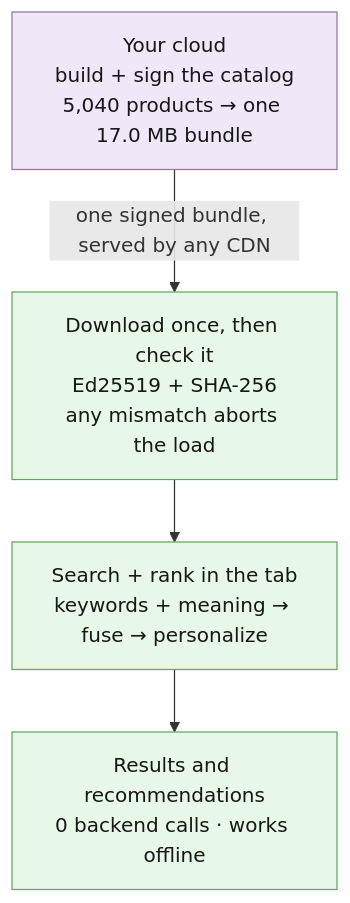
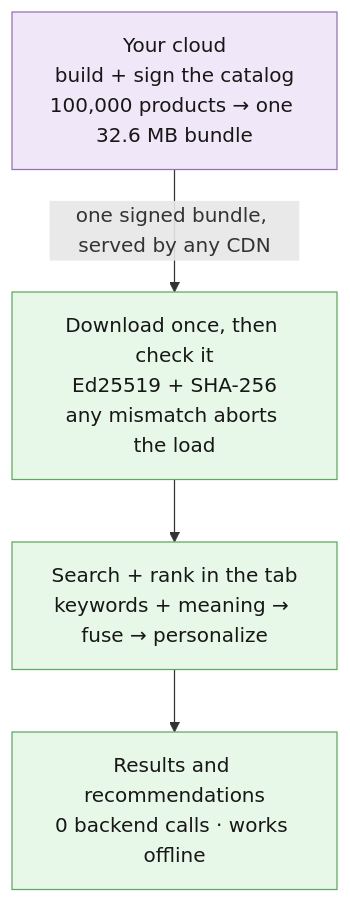
One commit to gainratio/edge-reco changed the fourth of 4 diagrams in docs/ARCHITECTURE.md. Above: the diagram before and after it, drawn with Mermaid. The commit also changed other lines of this file and 2077 other files, not shown here.

First line of the commit message:
feat(catalog): scale browser storefront to 100,000 products on pure OPFS SQLite + INT8 vectors (#185)

````diff
--- a/docs/ARCHITECTURE.md
+++ b/docs/ARCHITECTURE.md
@@ -302,15 +302,15 @@
 ```mermaid
 flowchart TB
-  build["Your cloud<br>build + sign the catalog<br>5,040 products → one 17.0 MB bundle"]
+  build["Your cloud<br>build + sign the catalog<br>100,000 products → one 32.6 MB bundle"]
   sync["Download once, then check it<br>Ed25519 + SHA-256<br>any mismatch aborts the load"]
   engine["Search + rank in the tab<br>keywords + meaning → fuse → personalize"]
   recs["Results and recommendations<br>0 backend calls · works offline"]
 
   build -->|"one signed bundle, served by any CDN"| sync
   sync --> engine --> recs
 
   classDef cloud fill:#f0e8f8,stroke:#9472b0,color:#171717;
   classDef device fill:#e8f8e8,stroke:#5fa85f,color:#171717;
   class build cloud;
   class sync,engine,recs device;
 ```
````
